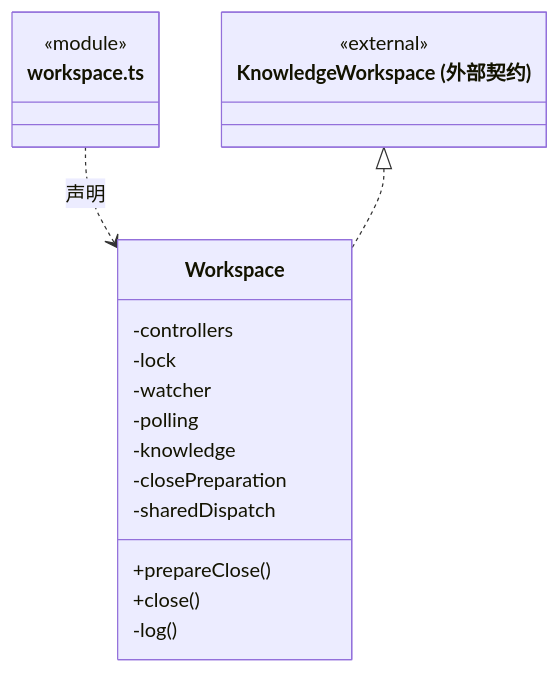
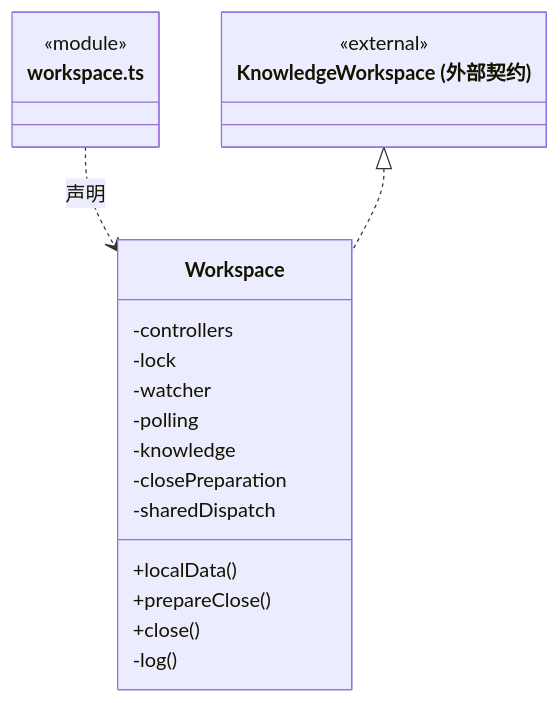
The tenth of 12 diagrams in src/logic/workspace/service/ARCHITECTURE.md (nan023062/cbim), drawn with Mermaid before and after one commit. The commit also changed other lines of this file and 139 other files, not shown here.

Commit message:
docs(architecture): add source reading paths and complete file inventories

````diff
--- a/src/logic/workspace/service/ARCHITECTURE.md
+++ b/src/logic/workspace/service/ARCHITECTURE.md
@@ -255,23 +264,24 @@
 ```mermaid
 classDiagram
 class N_src_logic_workspace_service_workspace_ts["workspace.ts"] {
   <<module>>
 }
 class N_src_logic_workspace_service_workspace_ts_Workspace["Workspace"] {
+  +localData()
   +prepareClose()
   +close()
   -controllers
   -lock
   -watcher
   -polling
   -knowledge
   -closePreparation
   -sharedDispatch
   -log()
 }
 N_src_logic_workspace_service_workspace_ts ..> N_src_logic_workspace_service_workspace_ts_Workspace : 声明
 class N_src_logic_workspace_service_workspace_ts_external_KnowledgeWorkspace["KnowledgeWorkspace (外部契约)"] {
   <<external>>
 }
 N_src_logic_workspace_service_workspace_ts_external_KnowledgeWorkspace <|.. N_src_logic_workspace_service_workspace_ts_Workspace
 ```
````
